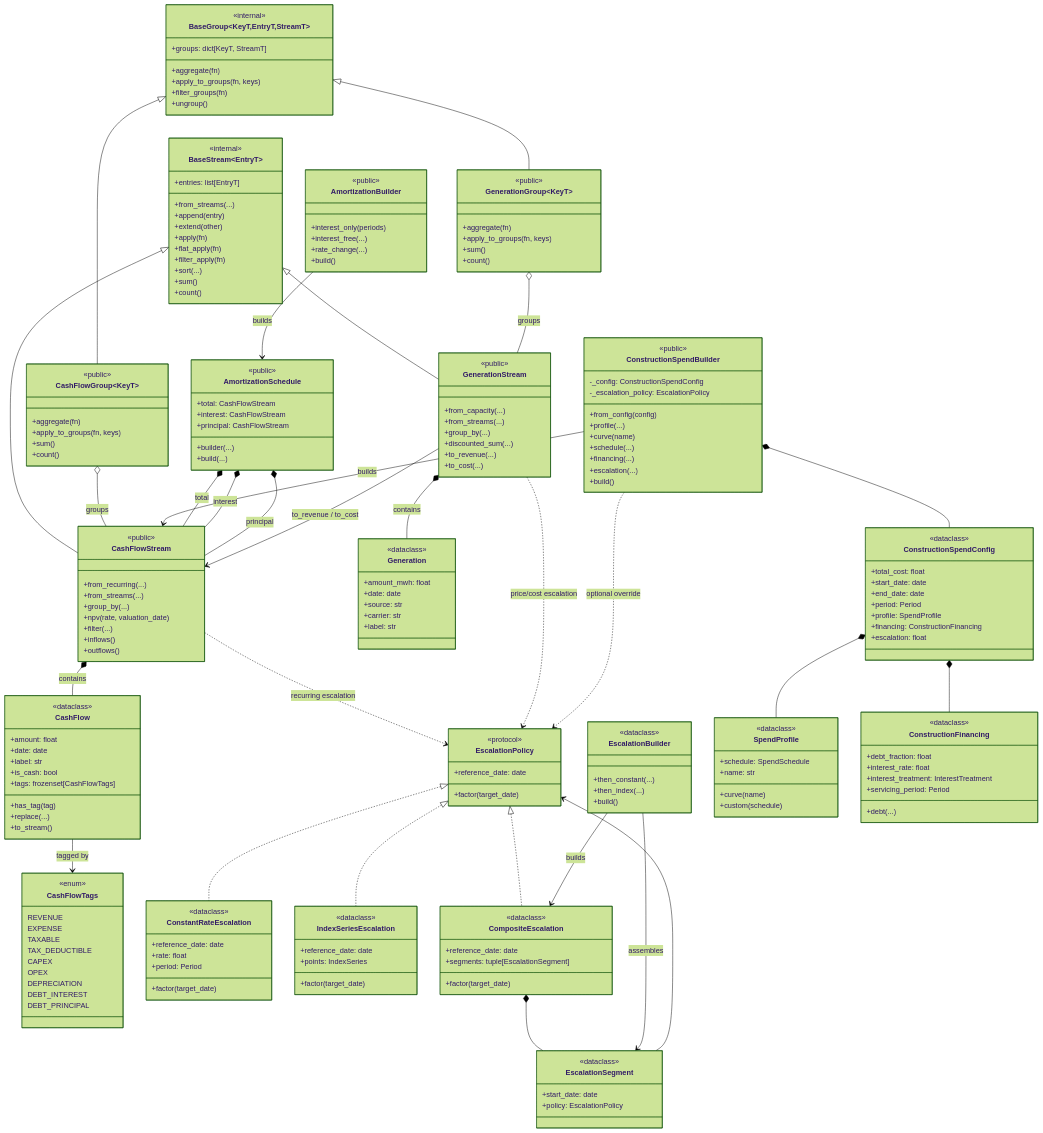
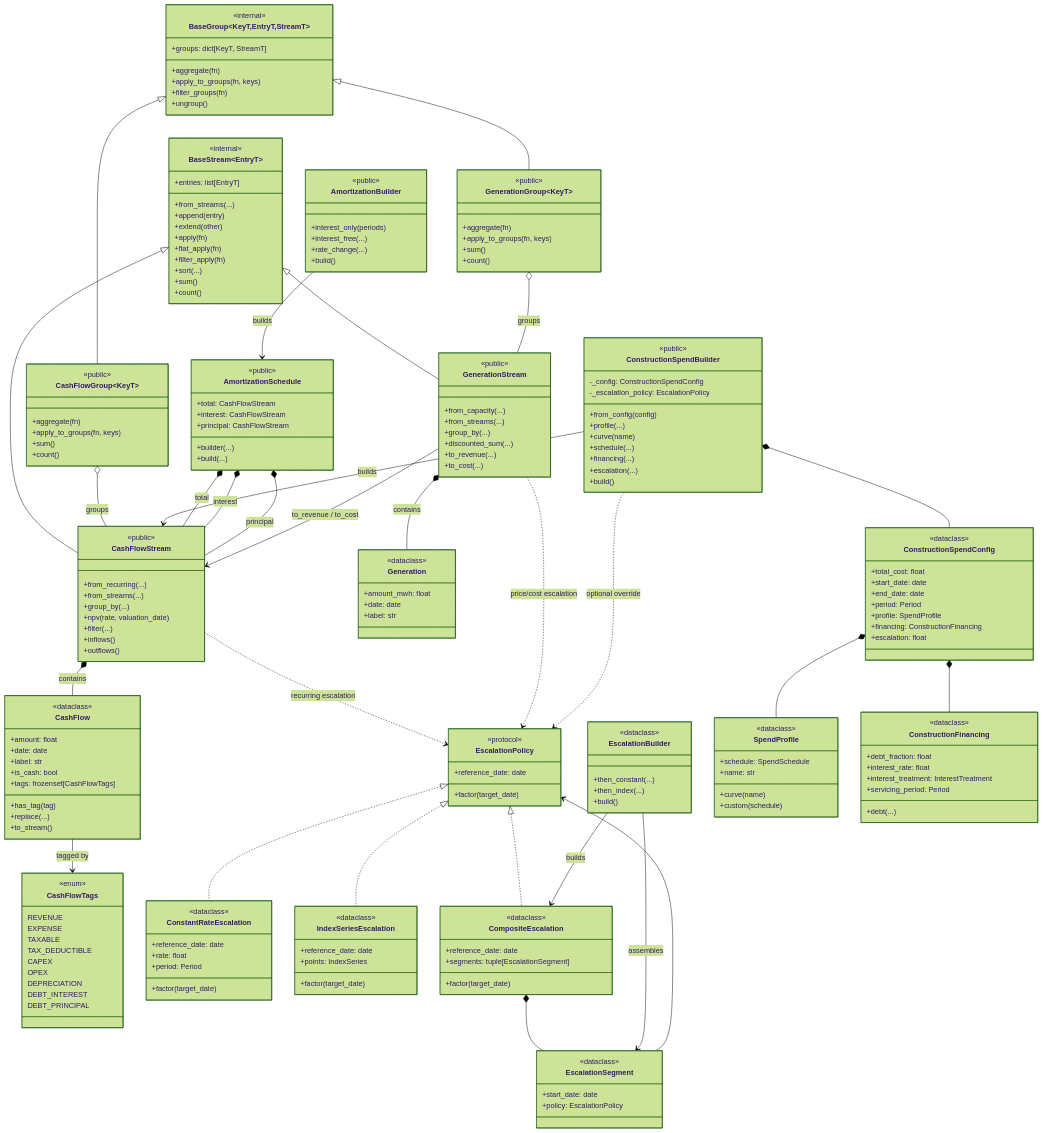
One commit to IdahoLabResearch/DCAF changed the first of 3 diagrams in docs/architecture_diagram.md. Above: the diagram before and after it, drawn with Mermaid (forest theme). The commit also changed 14 other files, not shown here.

Commit message:
refactor: removes source and carrier information (#91)

```diff
--- a/docs/architecture_diagram.md
+++ b/docs/architecture_diagram.md
@@ -79,8 +79,6 @@
       <<dataclass>>
       +amount_mwh: float
       +date: date
-      +source: str
-      +carrier: str
       +label: str
     }
 
```
